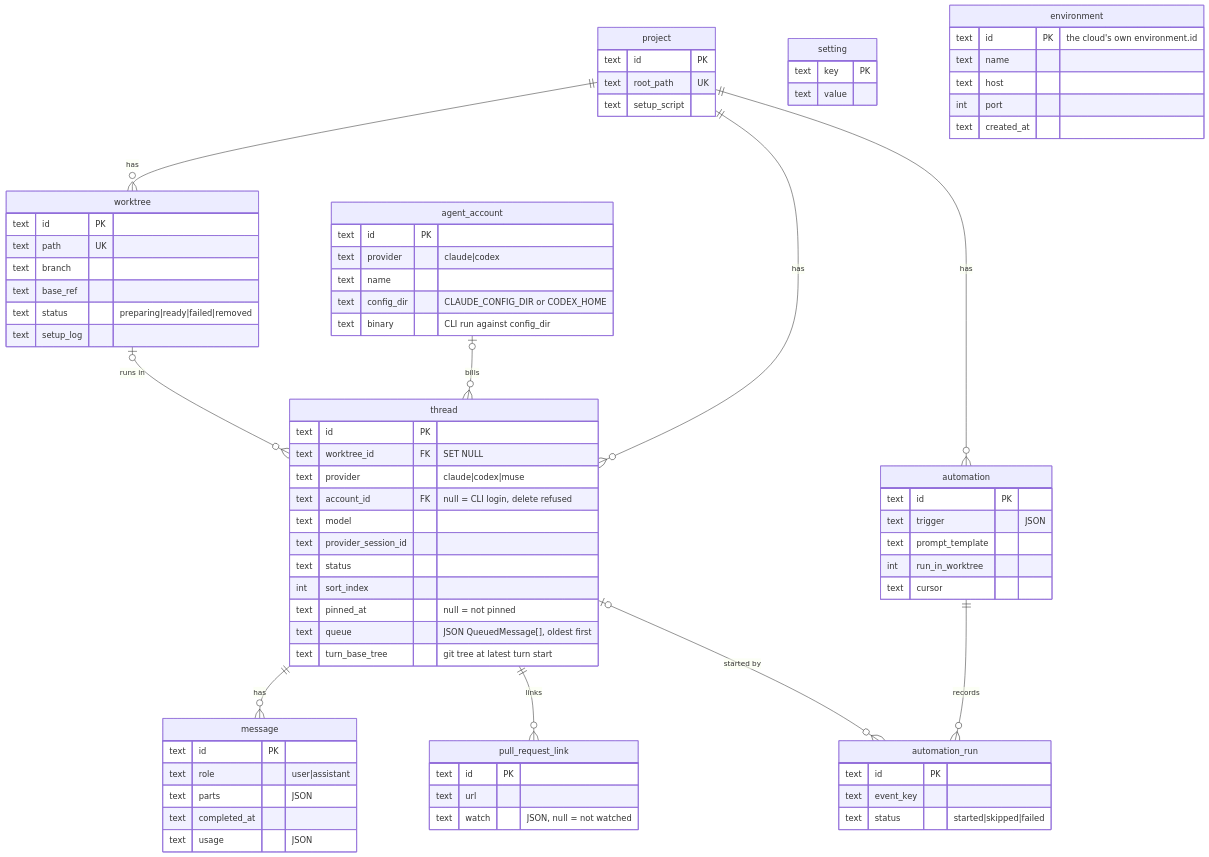
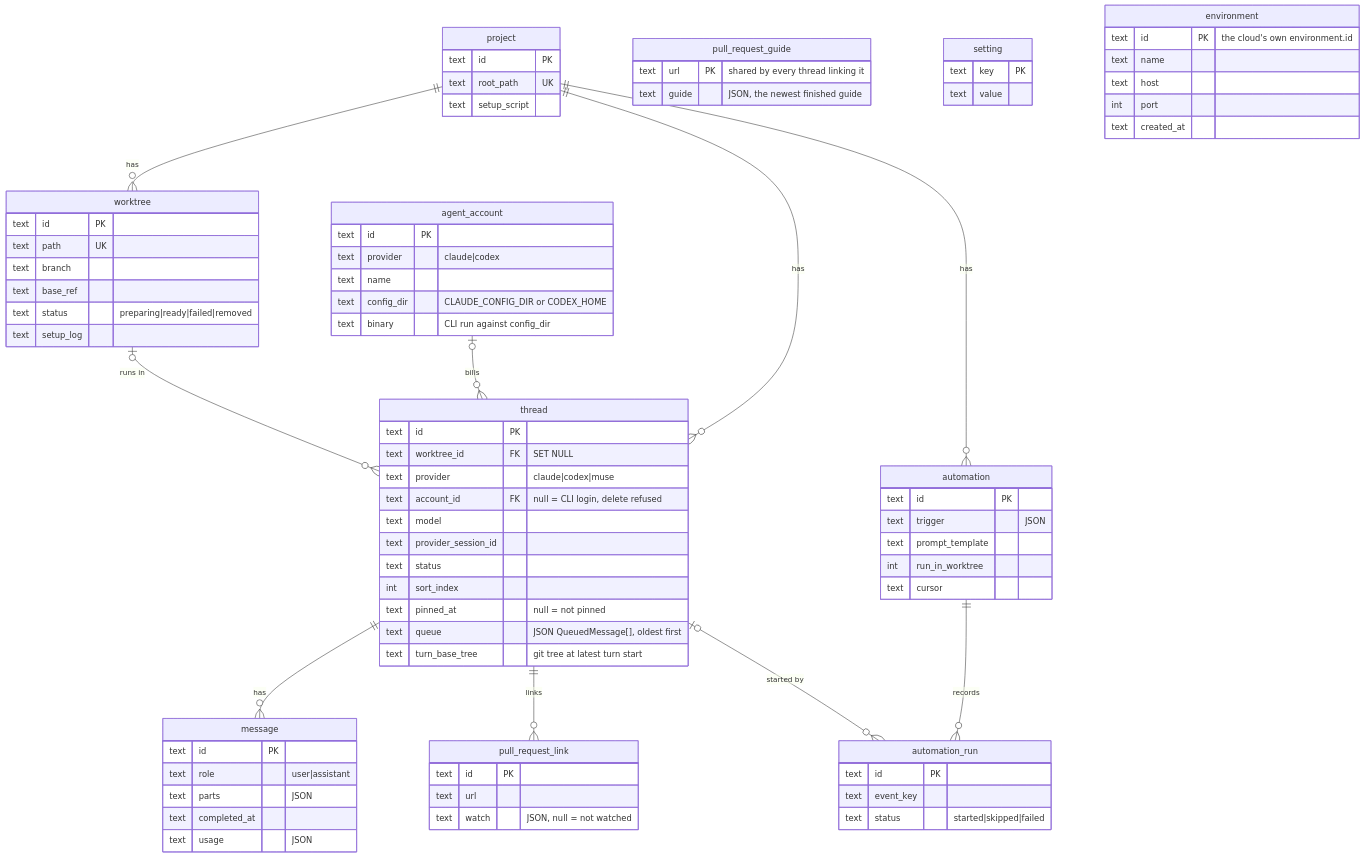
One commit to hinadev-ai/hinacode changed diagram 12 of 17 in docs/arch.md. Above: the diagram before and after it, drawn with Mermaid. The commit also changed other lines of this file and 18 other files, not shown here.

First line of the commit message:
feat(pull-requests): write a guide for each linked pull request

```diff
--- a/docs/arch.md
+++ b/docs/arch.md
@@ -407,6 +407,10 @@
     text url
     text watch "JSON, null = not watched"
   }
+  pull_request_guide {
+    text url PK "shared by every thread linking it"
+    text guide "JSON, the newest finished guide"
+  }
   automation_run {
     text id PK
     text event_key
```
